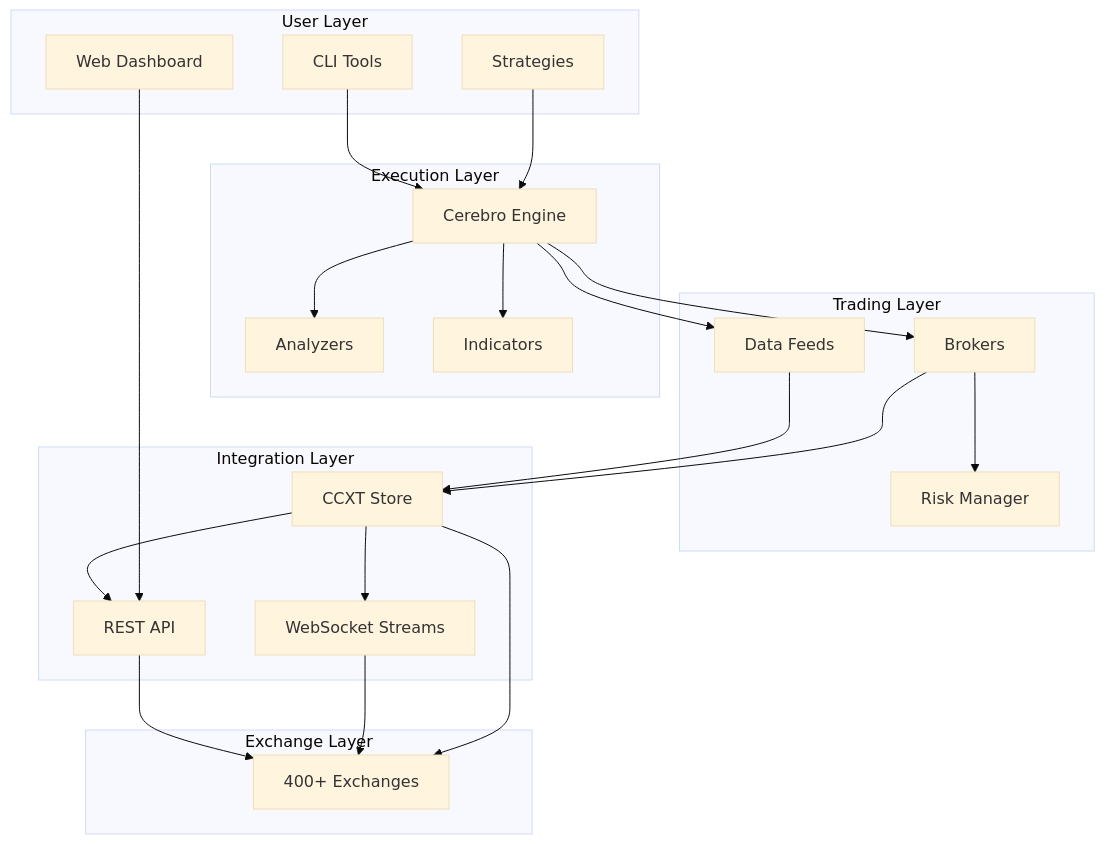
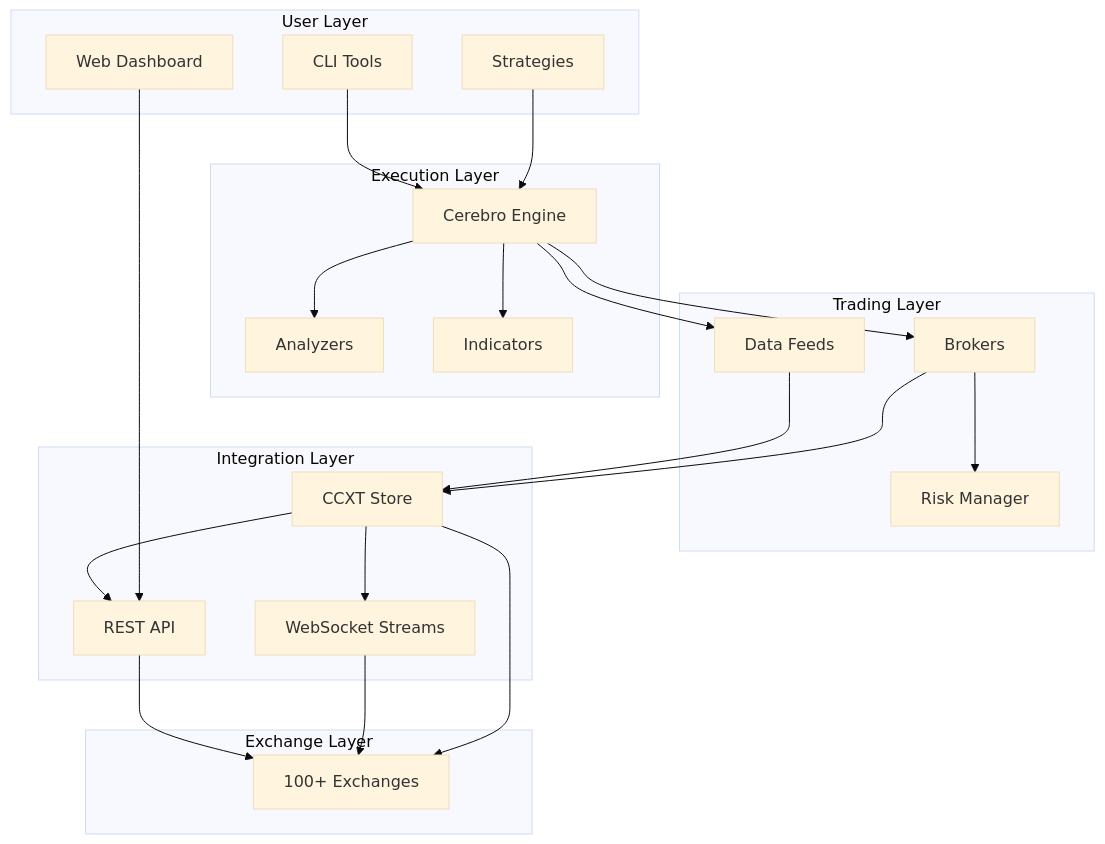
Before and after one commit to cracktrader/docs: the first of 3 diagrams in core_concepts/architecture.md, drawn with Mermaid (base theme). The commit also changed other lines of this file and 29 other files, not shown here.

````diff
--- a/core_concepts/architecture.md
+++ b/core_concepts/architecture.md
@@ -7,50 +7,50 @@
 ```mermaid
 graph TB
     subgraph "User Layer"
         S[Strategies]
         W[Web Dashboard]
         CLI[CLI Tools]
     end
 
     subgraph "Execution Layer"
         C[Cerebro Engine]
         A[Analyzers]
         I[Indicators]
     end
 
     subgraph "Trading Layer"
         B[Brokers]
         F[Data Feeds]
         R[Risk Manager]
     end
 
     subgraph "Integration Layer"
         ST[CCXT Store]
         WS[WebSocket Streams]
         API[REST API]
     end
 
     subgraph "Exchange Layer"
-        EX[400+ Exchanges]
+        EX[100+ Exchanges]
     end
 
     S --> C
     W --> API
     CLI --> C
 
     C --> B
     C --> F
     C --> A
     C --> I
 
     B --> ST
     F --> ST
     B --> R
 
     ST --> WS
     ST --> API
 
     ST --> EX
     WS --> EX
     API --> EX
 ```
````
